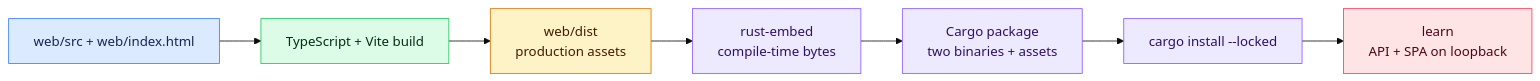
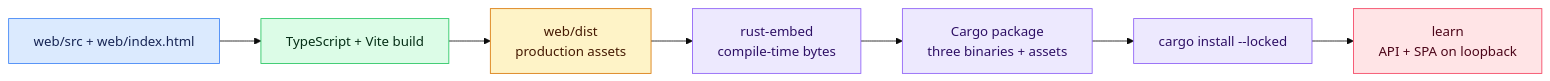
Before and after one commit to negative-nilgiri/teacher: the fifth of 5 diagrams in docs/DEVELOPMENT.md, drawn with Mermaid (base theme). The commit also changed other lines of this file and 188 other files, not shown here.

````diff
--- a/docs/DEVELOPMENT.md
+++ b/docs/DEVELOPMENT.md
@@ -400,24 +419,24 @@
 ```mermaid
 flowchart LR
     Source["web/src + web/index.html"]
     Vite["TypeScript + Vite build"]
     Dist["web/dist<br/>production assets"]
     Embed["rust-embed<br/>compile-time bytes"]
-    Crate["Cargo package<br/>two binaries + assets"]
+    Crate["Cargo package<br/>three binaries + assets"]
     Install["cargo install --locked"]
     Learn["learn<br/>API + SPA on loopback"]
 
     Source --> Vite --> Dist --> Embed --> Crate --> Install --> Learn
 
     classDef source fill:#dbeafe,stroke:#3b82f6,color:#172554
     classDef build fill:#dcfce7,stroke:#22c55e,color:#052e16
     classDef generated fill:#fef3c7,stroke:#d97706,color:#451a03
     classDef package fill:#ede9fe,stroke:#8b5cf6,color:#2e1065
     classDef runtime fill:#ffe4e6,stroke:#f43f5e,color:#4c0519
 
     class Source source
     class Vite build
     class Dist generated
     class Embed,Crate,Install package
     class Learn runtime
 ```
````
